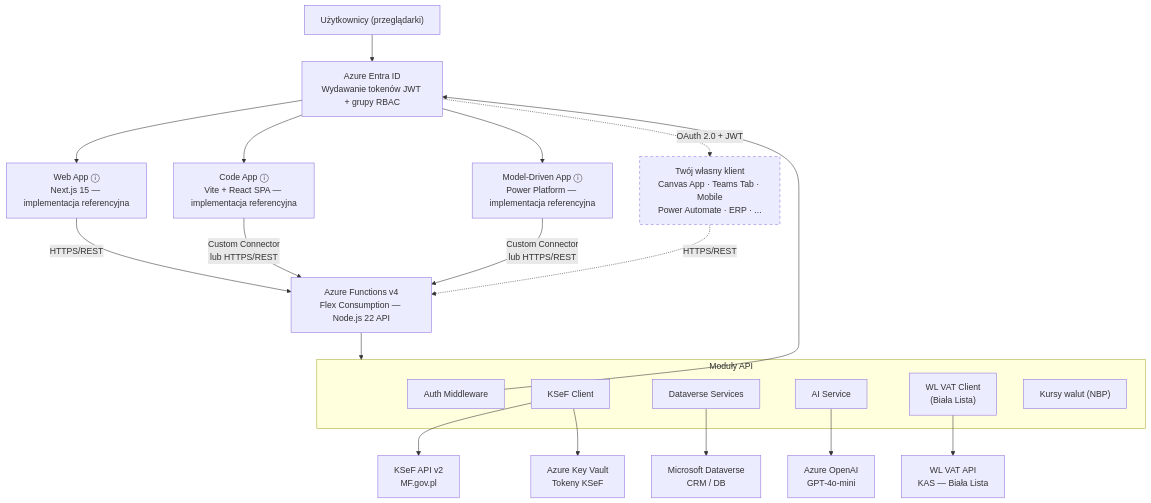
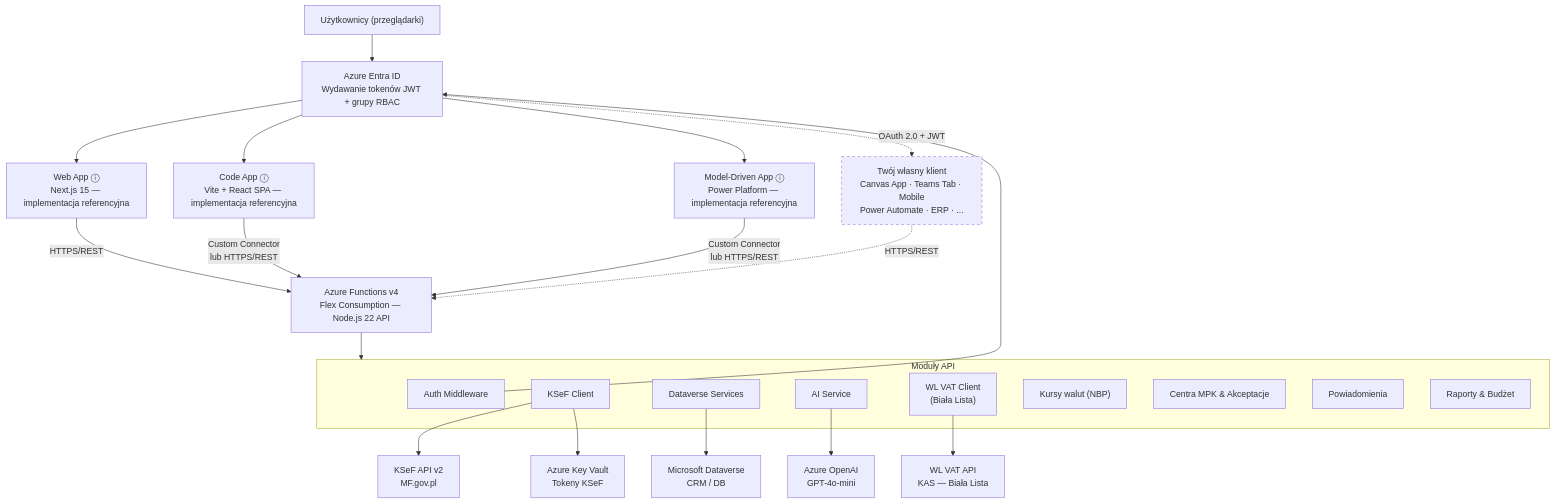
One commit to Developico/KSeF-Copilot changed the first of 8 diagrams in docs/pl/ARCHITEKTURA.md. Above: the diagram before and after it, drawn with Mermaid. The commit also changed other lines of this file and 131 other files, not shown here.

First line of the commit message:
feat: MPK centers, approval workflow, budgets, notifications & reports

````diff
--- a/docs/pl/ARCHITEKTURA.md
+++ b/docs/pl/ARCHITEKTURA.md
@@ -58,32 +58,35 @@
 ```mermaid
 graph TB
     Users["Użytkownicy (przeglądarki)"] --> EntraID["Azure Entra ID<br/>Wydawanie tokenów JWT + grupy RBAC"]
     EntraID --> WebApp["Web App ⓘ<br/>Next.js 15 — implementacja referencyjna"]
     EntraID --> CodeApp["Code App ⓘ<br/>Vite + React SPA — implementacja referencyjna"]
     EntraID --> MDA["Model-Driven App ⓘ<br/>Power Platform — implementacja referencyjna"]
     EntraID -.->|OAuth 2.0 + JWT| CustomClient["Twój własny klient<br/>Canvas App · Teams Tab · Mobile<br/>Power Automate · ERP · ..."]
     
     WebApp -->|HTTPS/REST| API["Azure Functions v4<br/>Flex Consumption — Node.js 22 API"]
     CodeApp -->|Custom Connector<br/>lub HTTPS/REST| API
     MDA -->|Custom Connector<br/>lub HTTPS/REST| API
     CustomClient -.->|HTTPS/REST| API
 
     subgraph API_Modules["Moduły API"]
         Auth["Auth Middleware"]
         KSeFClient["KSeF Client"]
         DVServices["Dataverse Services"]
         AIService["AI Service"]
         VATClient["WL VAT Client<br/>(Biała Lista)"]
         NBP["Kursy walut (NBP)"]
+        MPK["Centra MPK & Akceptacje"]
+        Notifications["Powiadomienia"]
+        Reports["Raporty & Budżet"]
     end
 
     API --> API_Modules
     Auth --> EntraID
     AIService --> OpenAI["Azure OpenAI<br/>GPT-4o-mini"]
     KSeFClient --> KSeF["KSeF API v2<br/>MF.gov.pl"]
     DVServices --> Dataverse["Microsoft Dataverse<br/>CRM / DB"]
     VATClient --> WLAPI["WL VAT API<br/>KAS — Biała Lista"]
     KSeFClient --> KeyVault["Azure Key Vault<br/>Tokeny KSeF"]
 
     style CustomClient stroke-dasharray: 5 5
 ```
````
